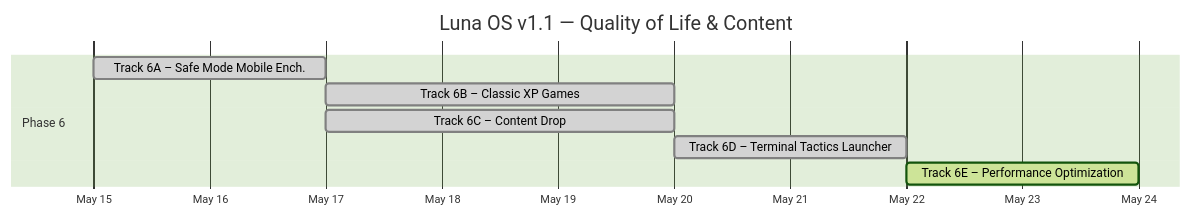
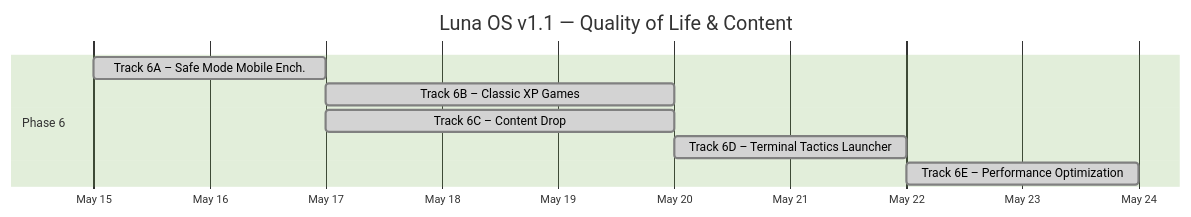
The first of 2 diagrams in docs/ROADMAP_v1.1.md (mansyar/portfolio-v3), drawn with Mermaid (forest theme) before and after one commit. The commit also changed other lines of this file and 6 other files, not shown here.

First line of the commit message:
docs(conductor): Update PRD, TDD, ROADMAP for Track 6E

````diff
--- a/docs/ROADMAP_v1.1.md
+++ b/docs/ROADMAP_v1.1.md
@@ -11,13 +11,13 @@
 ```mermaid
 gantt
     title Luna OS v1.1 — Quality of Life & Content
     dateFormat  YYYY-MM-DD
     axisFormat  %b %d
 
     section Phase 6
     Track 6A – Safe Mode Mobile Ench.   :done, p6a, 2026-05-15, 2d
     Track 6B – Classic XP Games          :done, p6b, after p6a, 3d
     Track 6C – Content Drop              :done, p6c, after p6a, 3d
     Track 6D – Terminal Tactics Launcher :done, p6d, after p6c, 2d
-    Track 6E – Performance Optimization  :active, p6e, after p6d, 2d
+    Track 6E – Performance Optimization  :done, p6e, after p6d, 2d
 ```
````
